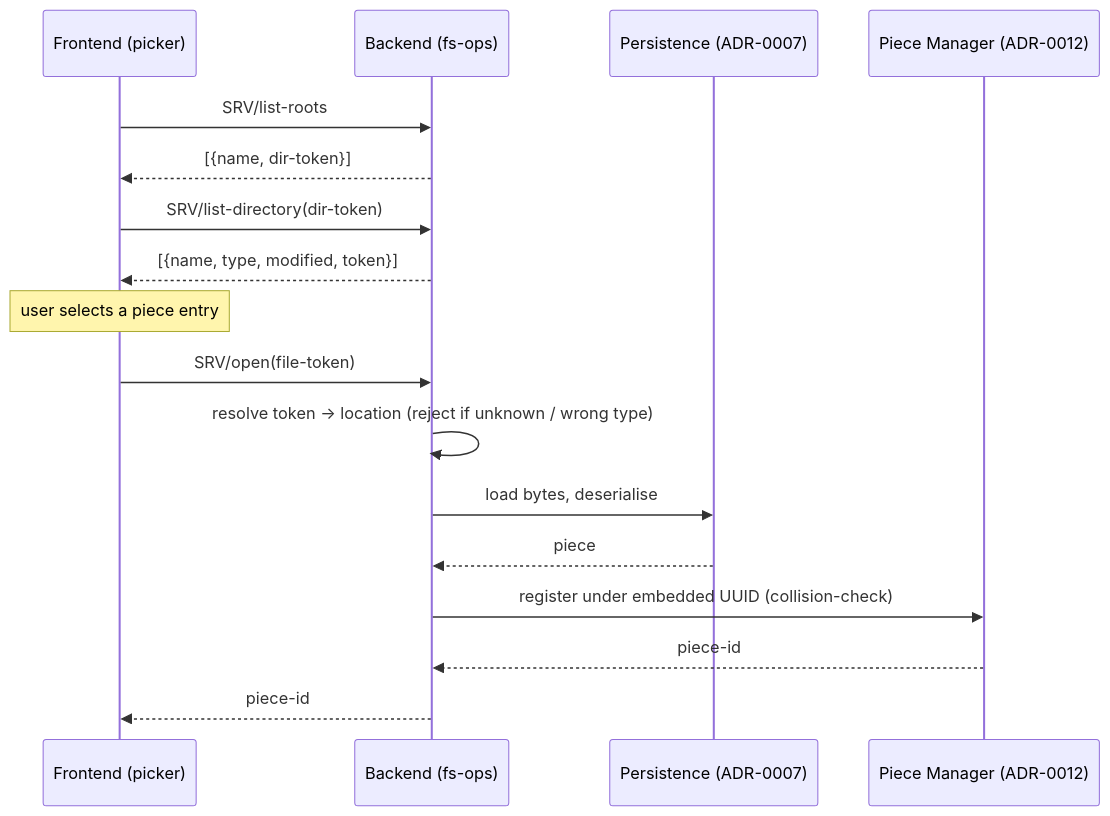
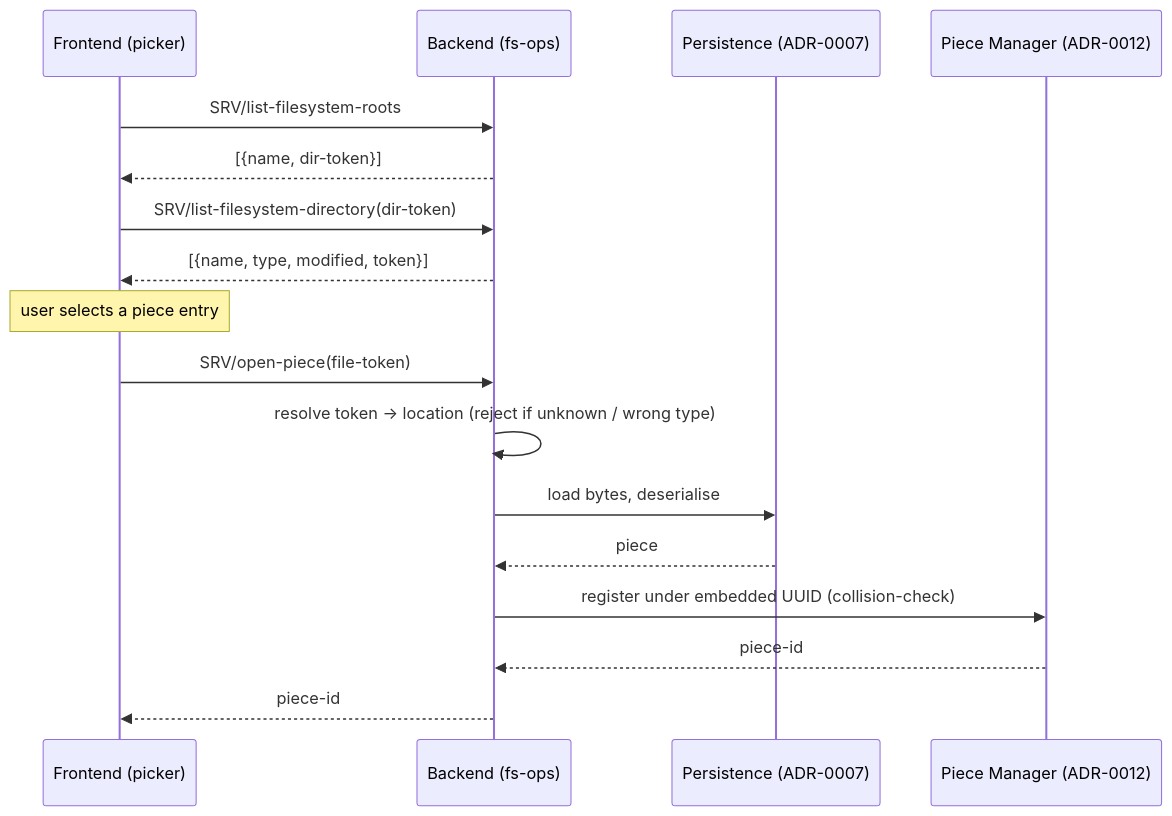
Before and after one commit to PeterBengtson/Ooloi-docs: the third of 4 diagrams in ADRs/0051-Filesystem-Operations-Real-and-Virtual.md, drawn with Mermaid. The commit also changed other lines of this file, not shown here.

````diff
--- a/ADRs/0051-Filesystem-Operations-Real-and-Virtual.md
+++ b/ADRs/0051-Filesystem-Operations-Real-and-Virtual.md
@@ -175,19 +177,19 @@
 ```mermaid
 sequenceDiagram
     participant F as Frontend (picker)
     participant B as Backend (fs-ops)
     participant P as Persistence (ADR-0007)
     participant M as Piece Manager (ADR-0012)
-    F->>B: SRV/list-roots
+    F->>B: SRV/list-filesystem-roots
     B-->>F: [{name, dir-token}]
-    F->>B: SRV/list-directory(dir-token)
+    F->>B: SRV/list-filesystem-directory(dir-token)
     B-->>F: [{name, type, modified, token}]
     Note over F: user selects a piece entry
-    F->>B: SRV/open(file-token)
+    F->>B: SRV/open-piece(file-token)
     B->>B: resolve token → location (reject if unknown / wrong type)
     B->>P: load bytes, deserialise
     P-->>B: piece
     B->>M: register under embedded UUID (collision-check)
     M-->>B: piece-id
     B-->>F: piece-id
 ```
````
